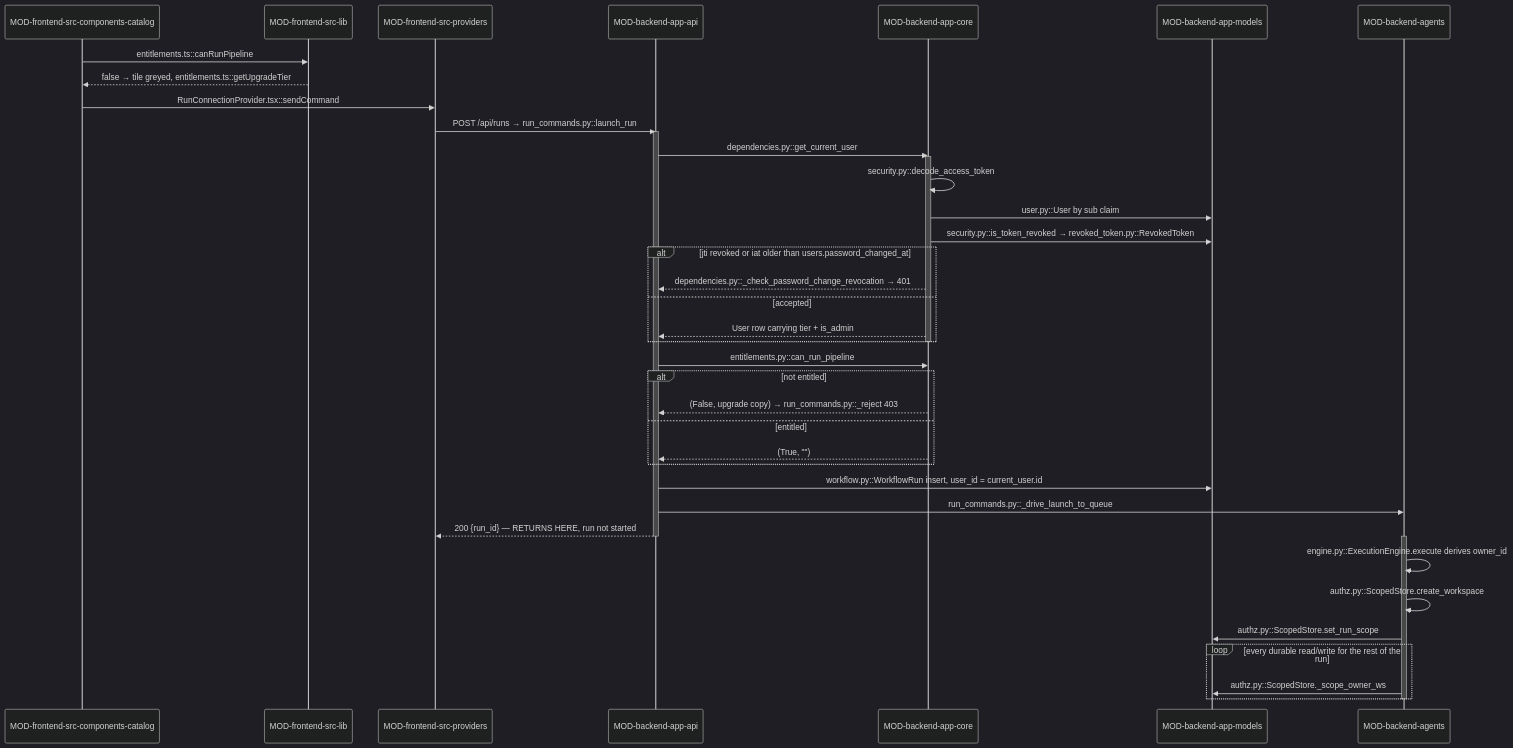
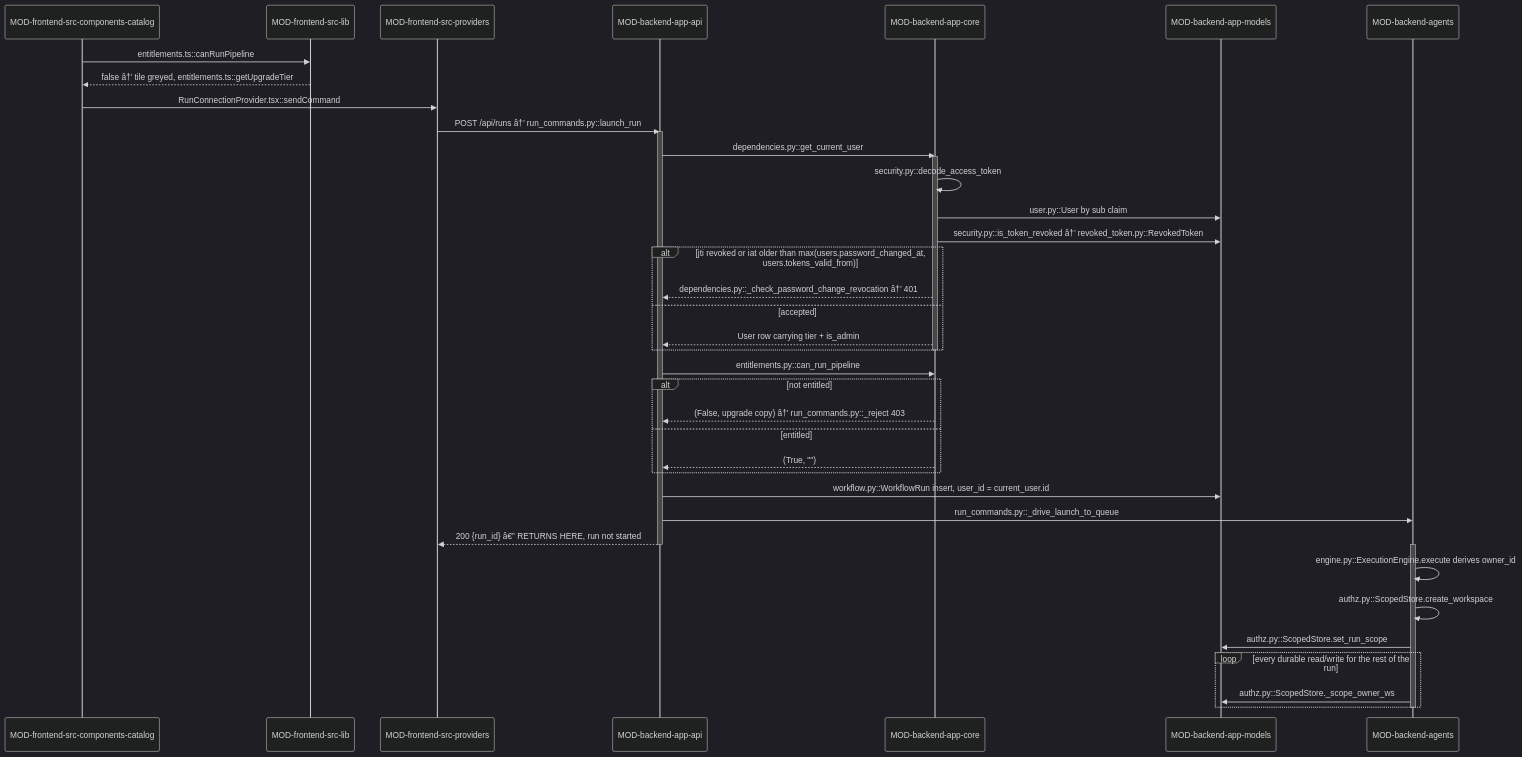
Before and after one commit to prateek-sinha7/IdeaFlowAI: the second of 2 diagrams in .knowledge/architecture/DOMAIN-auth-and-entitlements.md, drawn with Mermaid (dark theme). The commit also changed other lines of this file and 791 other files, not shown here.

````diff
--- a/.knowledge/architecture/DOMAIN-auth-and-entitlements.md
+++ b/.knowledge/architecture/DOMAIN-auth-and-entitlements.md
@@ -213,45 +217,45 @@
 ```mermaid
 sequenceDiagram
     participant MOD-frontend-src-components-catalog
     participant MOD-frontend-src-lib
     participant MOD-frontend-src-providers
     participant MOD-backend-app-api
     participant MOD-backend-app-core
     participant MOD-backend-app-models
     participant MOD-backend-agents
 
     MOD-frontend-src-components-catalog->>MOD-frontend-src-lib: entitlements.ts::canRunPipeline
-    MOD-frontend-src-lib-->>MOD-frontend-src-components-catalog: false → tile greyed, entitlements.ts::getUpgradeTier
+    MOD-frontend-src-lib-->>MOD-frontend-src-components-catalog: false â†’ tile greyed, entitlements.ts::getUpgradeTier
     MOD-frontend-src-components-catalog->>MOD-frontend-src-providers: RunConnectionProvider.tsx::sendCommand
-    MOD-frontend-src-providers->>MOD-backend-app-api: POST /api/runs → run_commands.py::launch_run
+    MOD-frontend-src-providers->>MOD-backend-app-api: POST /api/runs â†’ run_commands.py::launch_run
     activate MOD-backend-app-api
     MOD-backend-app-api->>MOD-backend-app-core: dependencies.py::get_current_user
     activate MOD-backend-app-core
     MOD-backend-app-core->>MOD-backend-app-core: security.py::decode_access_token
     MOD-backend-app-core->>MOD-backend-app-models: user.py::User by sub claim
-    MOD-backend-app-core->>MOD-backend-app-models: security.py::is_token_revoked → revoked_token.py::RevokedToken
-    alt jti revoked or iat older than users.password_changed_at
-        MOD-backend-app-core-->>MOD-backend-app-api: dependencies.py::_check_password_change_revocation → 401
+    MOD-backend-app-core->>MOD-backend-app-models: security.py::is_token_revoked â†’ revoked_token.py::RevokedToken
+    alt jti revoked or iat older than max(users.password_changed_at, users.tokens_valid_from)
+        MOD-backend-app-core-->>MOD-backend-app-api: dependencies.py::_check_password_change_revocation â†’ 401
     else accepted
         MOD-backend-app-core-->>MOD-backend-app-api: User row carrying tier + is_admin
     end
     deactivate MOD-backend-app-core
     MOD-backend-app-api->>MOD-backend-app-core: entitlements.py::can_run_pipeline
     alt not entitled
-        MOD-backend-app-core-->>MOD-backend-app-api: (False, upgrade copy) → run_commands.py::_reject 403
+        MOD-backend-app-core-->>MOD-backend-app-api: (False, upgrade copy) â†’ run_commands.py::_reject 403
     else entitled
         MOD-backend-app-core-->>MOD-backend-app-api: (True, "")
     end
     MOD-backend-app-api->>MOD-backend-app-models: workflow.py::WorkflowRun insert, user_id = current_user.id
     MOD-backend-app-api->>MOD-backend-agents: run_commands.py::_drive_launch_to_queue
-    MOD-backend-app-api-->>MOD-frontend-src-providers: 200 {run_id} — RETURNS HERE, run not started
+    MOD-backend-app-api-->>MOD-frontend-src-providers: 200 {run_id} â€” RETURNS HERE, run not started
     deactivate MOD-backend-app-api
     activate MOD-backend-agents
     MOD-backend-agents->>MOD-backend-agents: engine.py::ExecutionEngine.execute derives owner_id
     MOD-backend-agents->>MOD-backend-agents: authz.py::ScopedStore.create_workspace
     MOD-backend-agents->>MOD-backend-app-models: authz.py::ScopedStore.set_run_scope
     loop every durable read/write for the rest of the run
         MOD-backend-agents->>MOD-backend-app-models: authz.py::ScopedStore._scope_owner_ws
     end
     deactivate MOD-backend-agents
 ```
````
